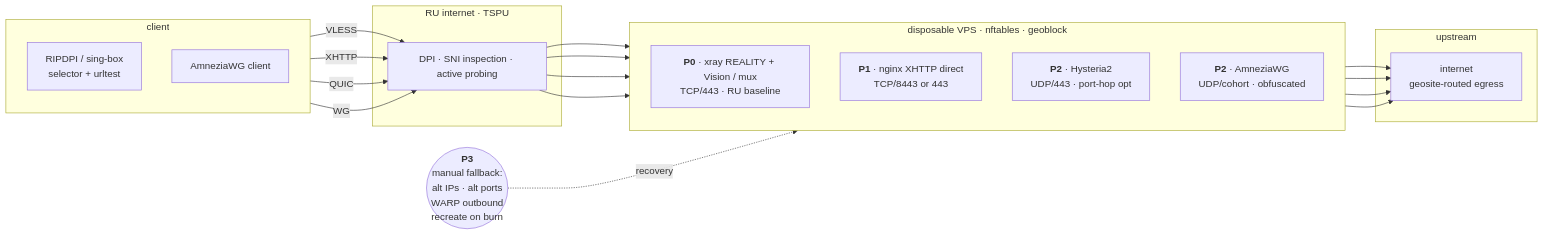
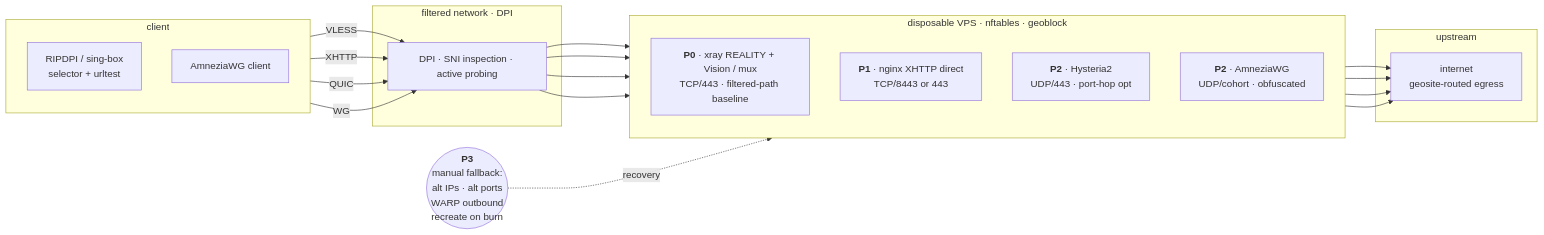
The second of 3 diagrams in README.md (po4yka/ripdpi-vpn-deploy), drawn with Mermaid before and after one commit. The commit also changed other lines of this file and 64 other files, not shown here.

````diff
--- a/README.md
+++ b/README.md
@@ -42,37 +42,37 @@
 ```mermaid
 flowchart LR
     subgraph CL[client]
         direction TB
         SB["RIPDPI / sing-box<br/>selector + urltest"]
         AC["AmneziaWG client"]
     end
-    subgraph TSPU["RU internet · TSPU"]
+    subgraph FN["filtered network · DPI"]
         DPI["DPI · SNI inspection · active probing"]
     end
     subgraph VPS["disposable VPS · nftables · geoblock"]
         direction TB
-        P0X["<b>P0</b> · xray REALITY + Vision / mux<br/>TCP/443 · RU baseline"]
+        P0X["<b>P0</b> · xray REALITY + Vision / mux<br/>TCP/443 · filtered-path baseline"]
         P1X["<b>P1</b> · nginx XHTTP direct<br/>TCP/8443 or 443"]
         P2H["<b>P2</b> · Hysteria2<br/>UDP/443 · port-hop opt"]
         P2A["<b>P2</b> · AmneziaWG<br/>UDP/cohort · obfuscated"]
     end
     subgraph UP[upstream]
         WI["internet<br/>geosite-routed egress"]
     end
 
     SB -- VLESS --> DPI
     SB -- XHTTP --> DPI
     SB -- QUIC --> DPI
     AC -- WG --> DPI
     DPI --> P0X
     DPI --> P1X
     DPI --> P2H
     DPI --> P2A
     P0X --> WI
     P1X --> WI
     P2H --> WI
     P2A --> WI
 
     P3(("<b>P3</b><br/>manual fallback:<br/>alt IPs · alt ports<br/>WARP outbound<br/>recreate on burn"))
     P3 -. recovery .-> VPS
 ```
````
